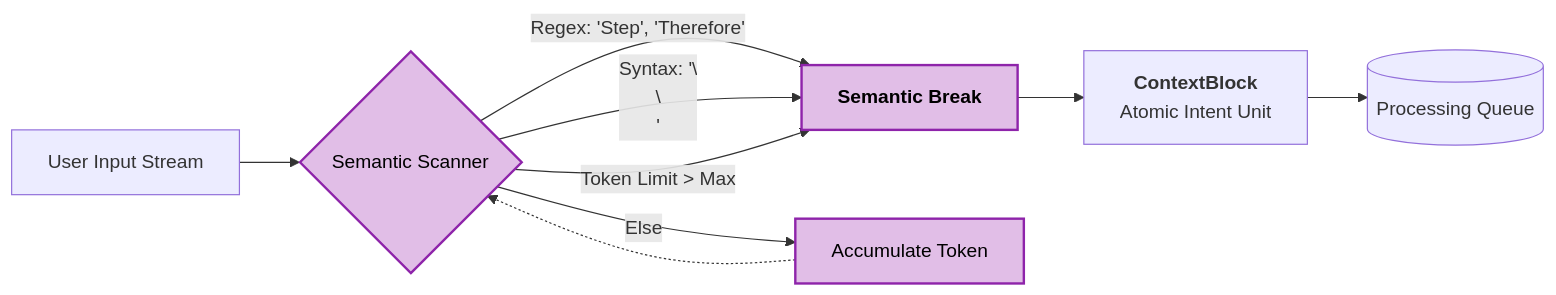
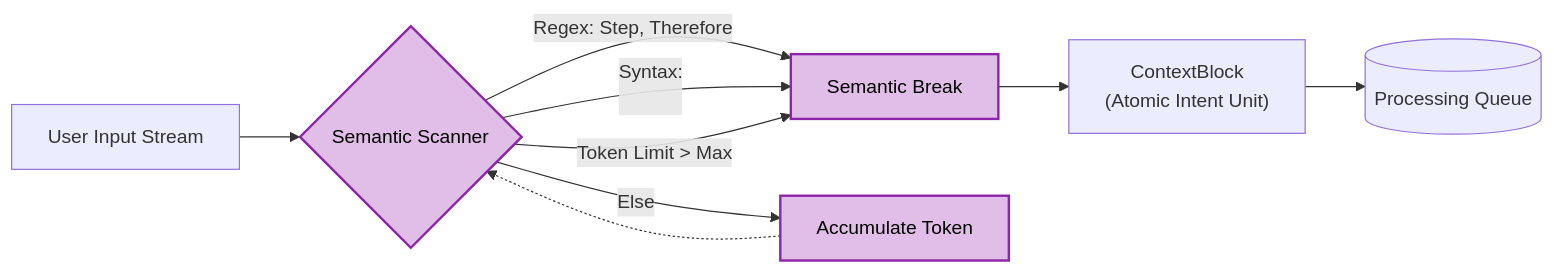
One commit to EddCBen/cascade-context-protocol changed the first of 5 diagrams in README.md. Above: the diagram before and after it, drawn with Mermaid. The commit also changed other lines of this file, not shown here.

````diff
--- a/README.md
+++ b/README.md
@@ -30,17 +30,17 @@
 ```mermaid
 flowchart LR
     %% Data Flow for Segmentation
-    Stream[User Input Stream] --> Scanner{Semantic Scanner}
-    
-    Scanner -->|Regex: 'Step', 'Therefore'| Break[<b>Semantic Break</b>]
-    Scanner -->|Syntax: '\\n\\n'| Break
+    Stream["User Input Stream"] --> Scanner{"Semantic Scanner"}
+  
+    Scanner -->|Regex: Step, Therefore| Break["Semantic Break"]
+    Scanner -->|Syntax: \n\n| Break
     Scanner -->|Token Limit > Max| Break
-    Scanner -->|Else| Buffer[Accumulate Token]
-    
+    Scanner -->|Else| Buffer["Accumulate Token"]
+  
     Buffer -.-> Scanner
-    Break --> Block[<b>ContextBlock</b><br/>Atomic Intent Unit]
-    Block --> Queue[(Processing Queue)]
+    Break --> Block["ContextBlock\n(Atomic Intent Unit)"]
+    Block --> Queue[("Processing Queue")]
 
     classDef proc fill:#e1bee7,stroke:#8e24aa,color:black,stroke-width:2px;
     class Scanner,Break,Buffer proc;
 ```
````
